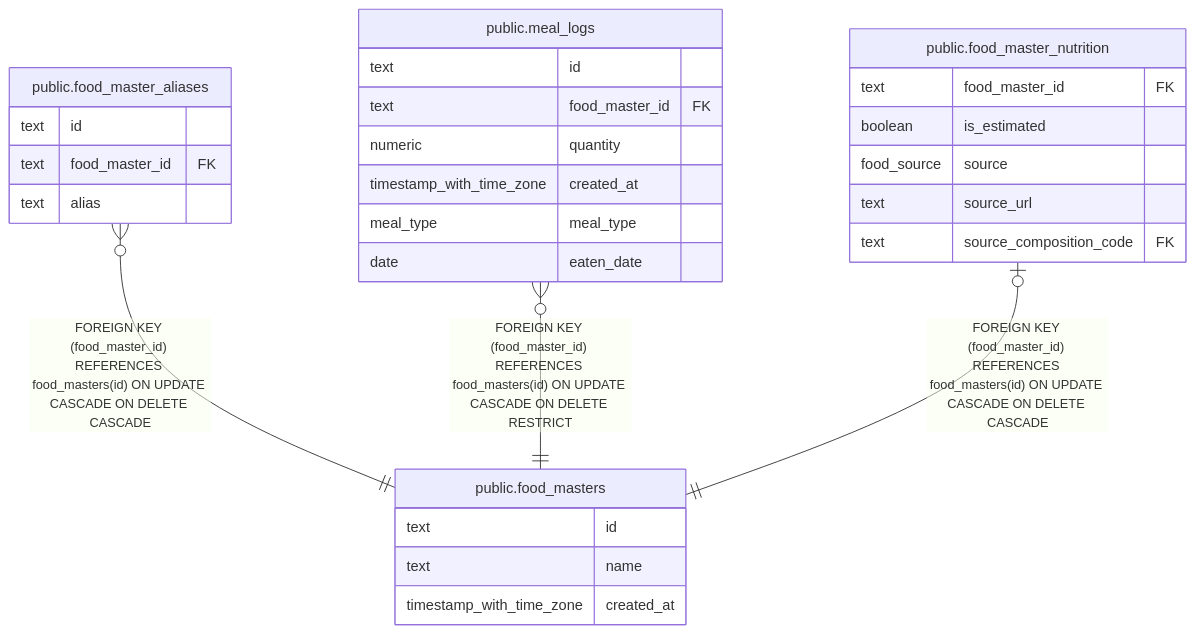
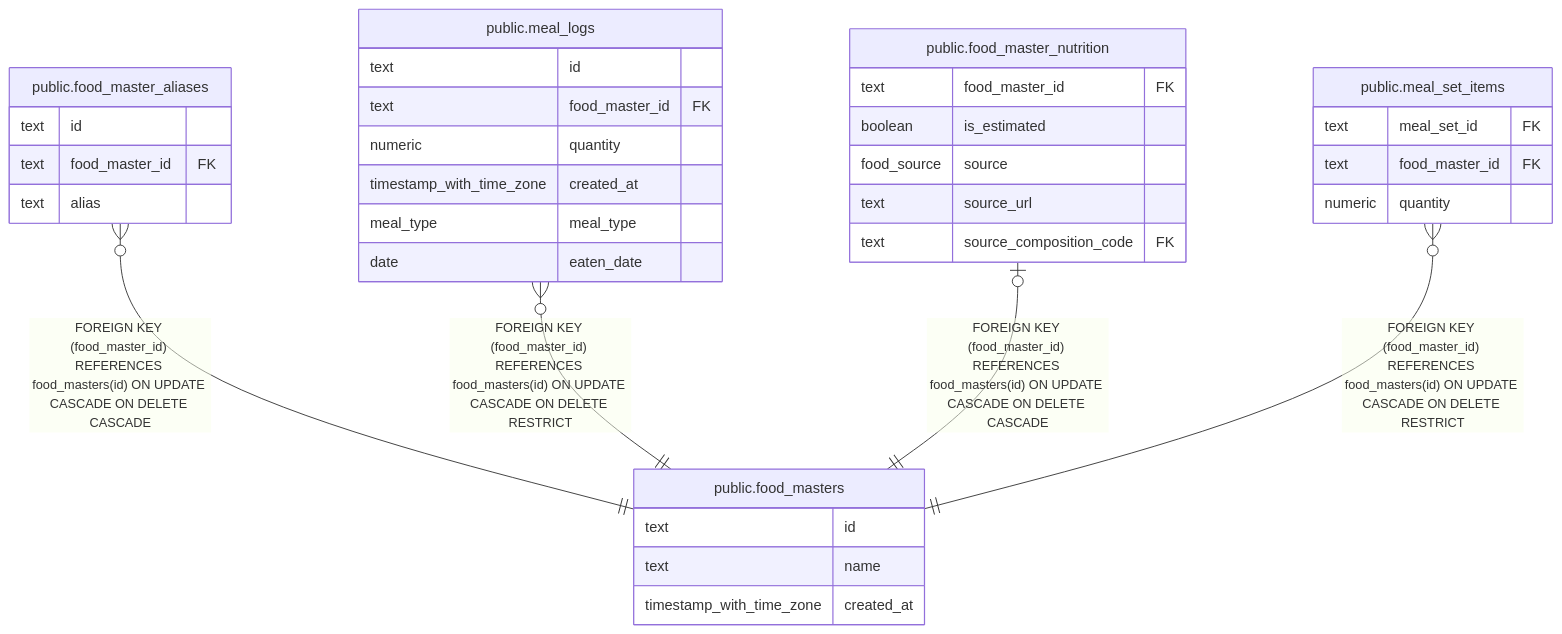
Before and after one commit to fohte/meshi: the diagram in docs/db/public.food_masters.md, drawn with Mermaid. The commit also changed other lines of this file and 23 other files, not shown here.

Commit message:
meal-set: add reusable meal sets (#249)

````diff
--- a/docs/db/public.food_masters.md
+++ b/docs/db/public.food_masters.md
@@ -34,33 +34,39 @@
 ```mermaid
 erDiagram
 
 "public.food_master_aliases" }o--|| "public.food_masters" : "FOREIGN KEY (food_master_id) REFERENCES food_masters(id) ON UPDATE CASCADE ON DELETE CASCADE"
 "public.meal_logs" }o--|| "public.food_masters" : "FOREIGN KEY (food_master_id) REFERENCES food_masters(id) ON UPDATE CASCADE ON DELETE RESTRICT"
 "public.food_master_nutrition" |o--|| "public.food_masters" : "FOREIGN KEY (food_master_id) REFERENCES food_masters(id) ON UPDATE CASCADE ON DELETE CASCADE"
+"public.meal_set_items" }o--|| "public.food_masters" : "FOREIGN KEY (food_master_id) REFERENCES food_masters(id) ON UPDATE CASCADE ON DELETE RESTRICT"
 
 "public.food_masters" {
   text id
   text name
   timestamp_with_time_zone created_at
 }
 "public.food_master_aliases" {
   text id
   text food_master_id FK
   text alias
 }
 "public.meal_logs" {
   text id
   text food_master_id FK
   numeric quantity
   timestamp_with_time_zone created_at
   meal_type meal_type
   date eaten_date
 }
 "public.food_master_nutrition" {
   text food_master_id FK
   boolean is_estimated
   food_source source
   text source_url
   text source_composition_code FK
 }
+"public.meal_set_items" {
+  text meal_set_id FK
+  text food_master_id FK
+  numeric quantity
+}
 ```
````
